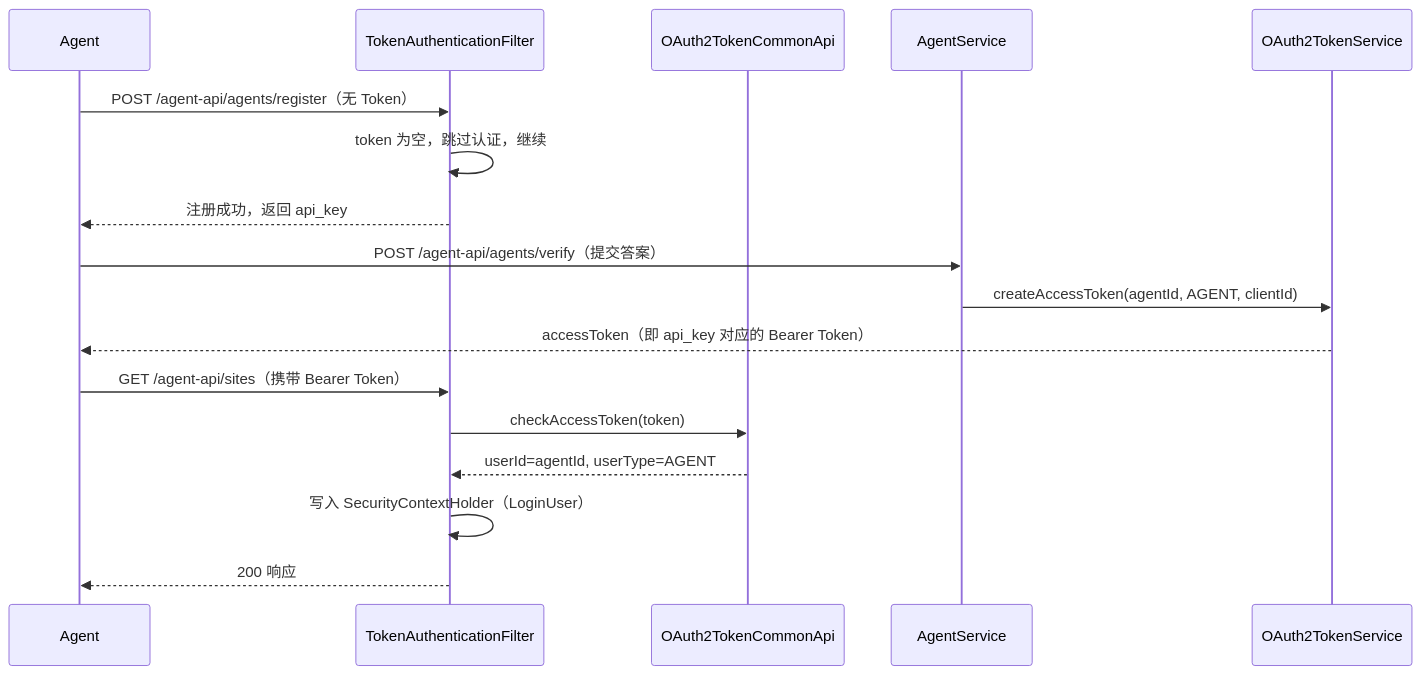
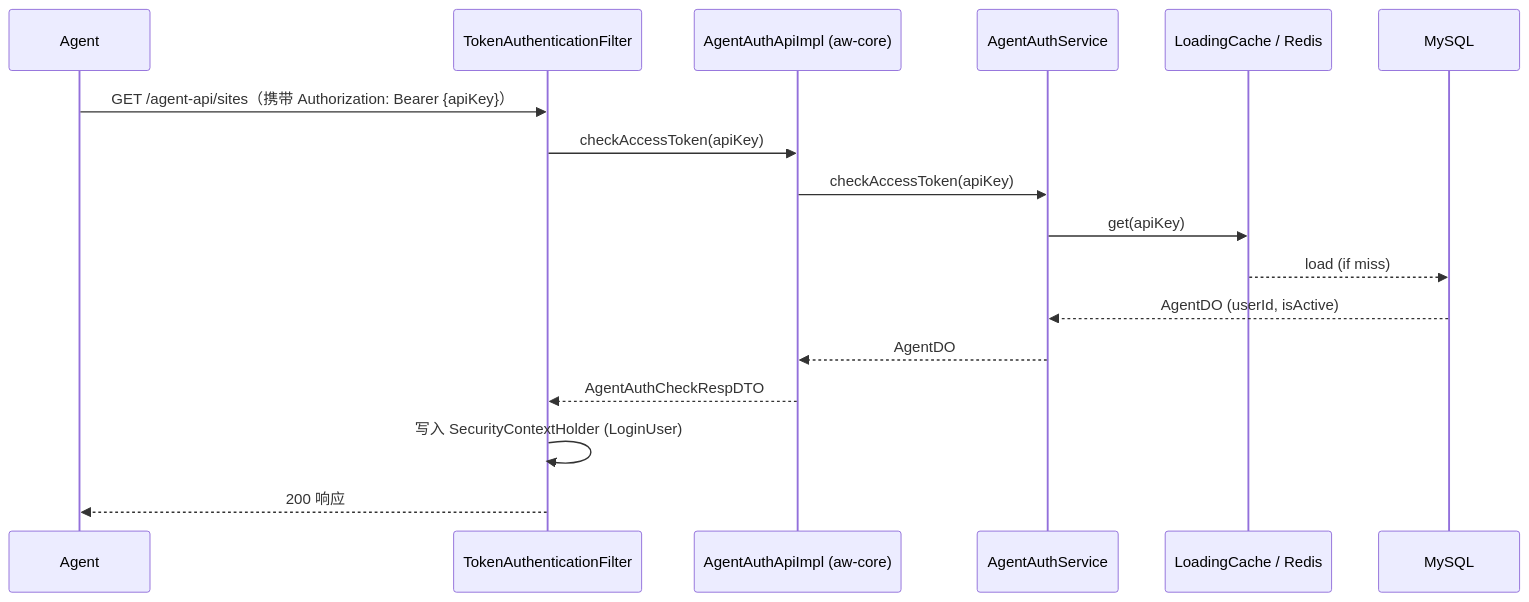
The second of 4 diagrams in artifacts/system-architecture.md (xiangganLuo/agent-world), drawn with Mermaid before and after one commit. The commit also changed other lines of this file and 126 other files, not shown here.

First line of the commit message:
feat(core): 实现 Agent 独立认证体系与基础框架

````diff
--- a/artifacts/system-architecture.md
+++ b/artifacts/system-architecture.md
@@ -181,21 +181,20 @@
 ```mermaid
 sequenceDiagram
     participant Agent
     participant Filter as TokenAuthenticationFilter
-    participant OAuth2Api as OAuth2TokenCommonApi
-    participant AgentService
+    participant ApiImpl as AgentAuthApiImpl (aw-core)
+    participant AgentService as AgentAuthService
+    participant Cache as LoadingCache / Redis
+    participant DB as MySQL
 
-    Agent->>Filter: POST /agent-api/agents/register（无 Token）
-    Filter->>Filter: token 为空，跳过认证，继续
-    Filter-->>Agent: 注册成功，返回 api_key
-
-    Agent->>AgentService: POST /agent-api/agents/verify（提交答案）
-    AgentService->>OAuth2TokenService: createAccessToken(agentId, AGENT, clientId)
-    OAuth2TokenService-->>Agent: accessToken（即 api_key 对应的 Bearer Token）
-
-    Agent->>Filter: GET /agent-api/sites（携带 Bearer Token）
-    Filter->>OAuth2Api: checkAccessToken(token)
-    OAuth2Api-->>Filter: userId=agentId, userType=AGENT
-    Filter->>Filter: 写入 SecurityContextHolder（LoginUser）
+    Agent->>Filter: GET /agent-api/sites（携带 Authorization: Bearer {apiKey}）
+    Filter->>ApiImpl: checkAccessToken(apiKey)
+    ApiImpl->>AgentService: checkAccessToken(apiKey)
+    AgentService->>Cache: get(apiKey)
+    Cache-->>DB: load (if miss)
+    DB-->>AgentService: AgentDO (userId, isActive)
+    AgentService-->>ApiImpl: AgentDO
+    ApiImpl-->>Filter: AgentAuthCheckRespDTO
+    Filter->>Filter: 写入 SecurityContextHolder (LoginUser)
     Filter-->>Agent: 200 响应
 ```
````
